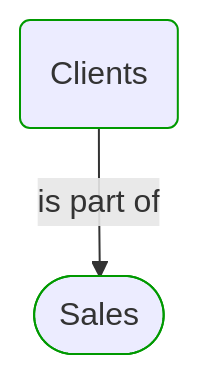
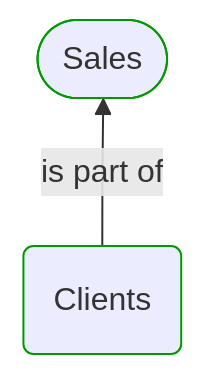
Before and after one commit to itlibrium/DDD-starter-dotnet: the first of 5 diagrams in Docs/P3/MermaidOutput/Modules/Sales/Clients/Clients.md, drawn with Mermaid. The commit also changed other lines of this file and 174 other files, not shown here.

````diff
--- a/Docs/P3/MermaidOutput/Modules/Sales/Clients/Clients.md
+++ b/Docs/P3/MermaidOutput/Modules/Sales/Clients/Clients.md
@@ -20,11 +20,14 @@
 ```mermaid
   flowchart TB
-    0(Clients)
+    0([Sales])
     class 0 DomainPerspective
-    1([Sales])
+    1(Clients)
     class 1 DomainPerspective
-    0-->|is part of|1
+    0---1
+    1-->|is part of|0
+    1---0
+    linkStyle 0,2 stroke:none
     classDef DomainPerspective stroke:#009900
     classDef TechnologyPerspective stroke:#1F41EB
     classDef PeoplePerspective stroke:#FFF014
 ```
````
